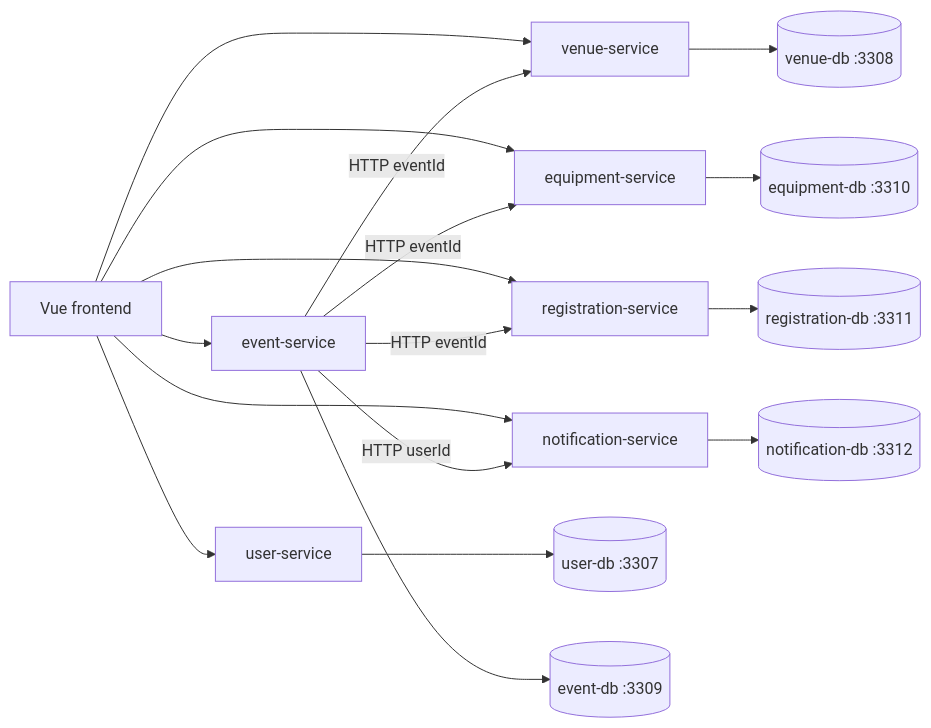
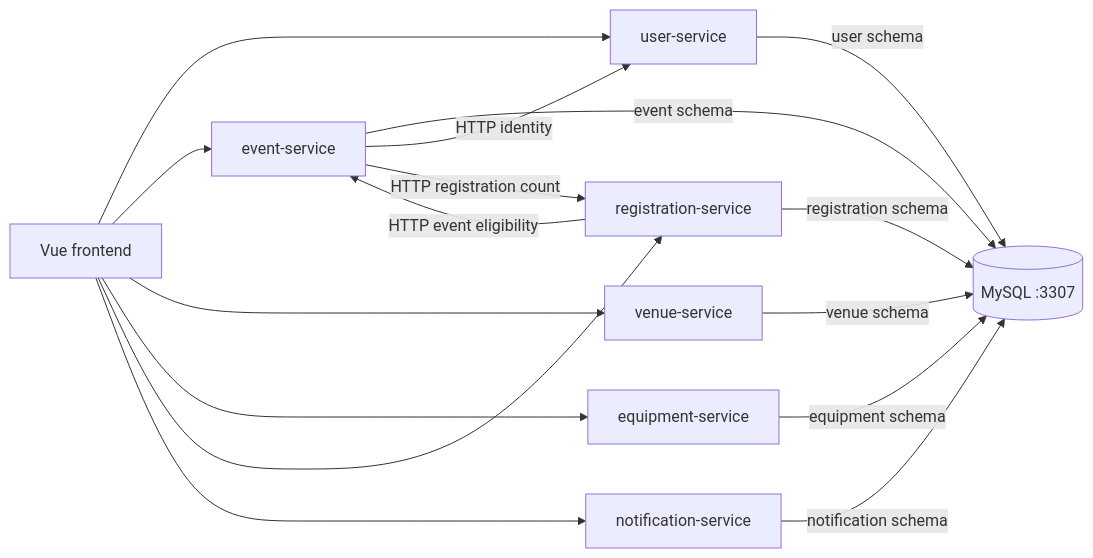
Before and after one commit to Matthewkhlr/SPM_G6T3: the first of 2 diagrams in docs/data-model.md, drawn with Mermaid. The commit also changed other lines of this file and 23 other files, not shown here.

````diff
--- a/docs/data-model.md
+++ b/docs/data-model.md
@@ -20,19 +22,18 @@
 ```mermaid
 flowchart LR
   Vue[Vue frontend] --> UserSvc[user-service]
   Vue --> EventSvc[event-service]
   Vue --> VenueSvc[venue-service]
   Vue --> EquipSvc[equipment-service]
   Vue --> RegSvc[registration-service]
   Vue --> NotifSvc[notification-service]
-  UserSvc --> UserDB[(user-db :3307)]
-  EventSvc --> EventDB[(event-db :3309)]
-  VenueSvc --> VenueDB[(venue-db :3308)]
-  EquipSvc --> EquipDB[(equipment-db :3310)]
-  RegSvc --> RegDB[(registration-db :3311)]
-  NotifSvc --> NotifDB[(notification-db :3312)]
-  EventSvc -->|"HTTP eventId"| VenueSvc
-  EventSvc -->|"HTTP eventId"| EquipSvc
-  EventSvc -->|"HTTP eventId"| RegSvc
-  EventSvc -->|"HTTP userId"| NotifSvc
+  UserSvc -->|"user schema"| MySQL[(MySQL :3307)]
+  EventSvc -->|"event schema"| MySQL
+  VenueSvc -->|"venue schema"| MySQL
+  EquipSvc -->|"equipment schema"| MySQL
+  RegSvc -->|"registration schema"| MySQL
+  NotifSvc -->|"notification schema"| MySQL
+  EventSvc -->|"HTTP identity"| UserSvc
+  EventSvc -->|"HTTP registration count"| RegSvc
+  RegSvc -->|"HTTP event eligibility"| EventSvc
 ```
````
